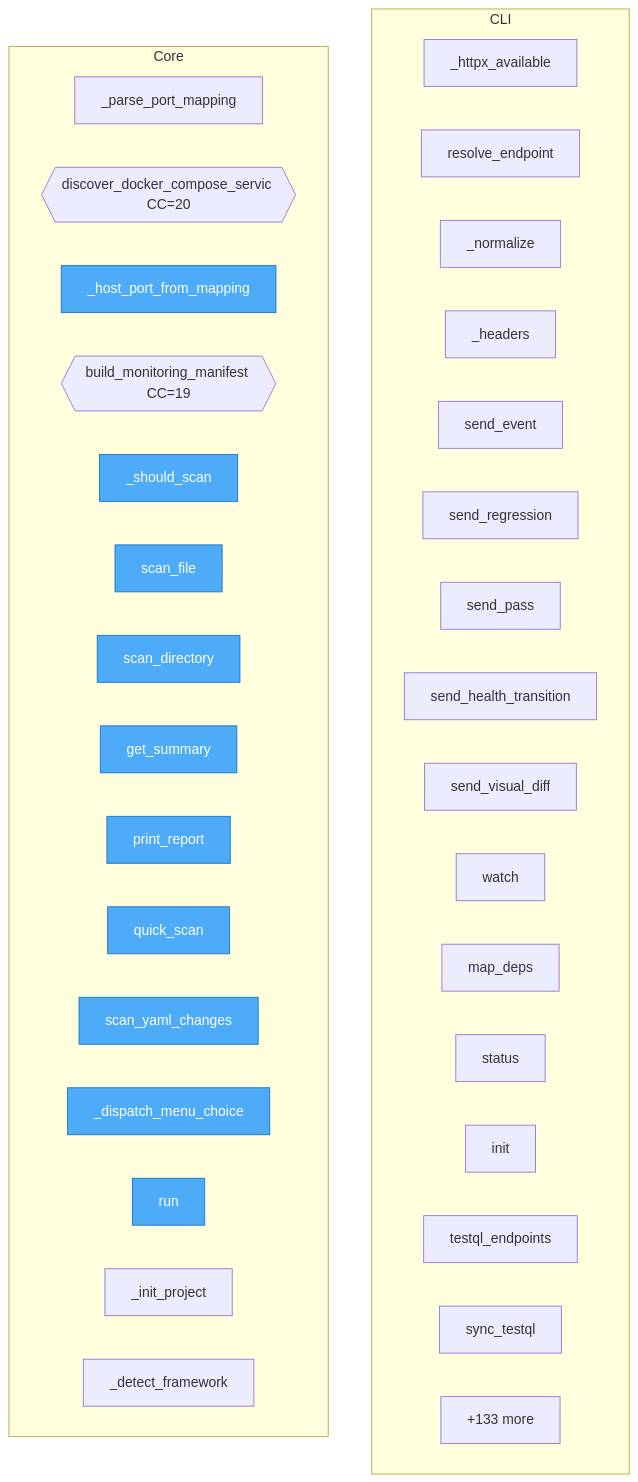
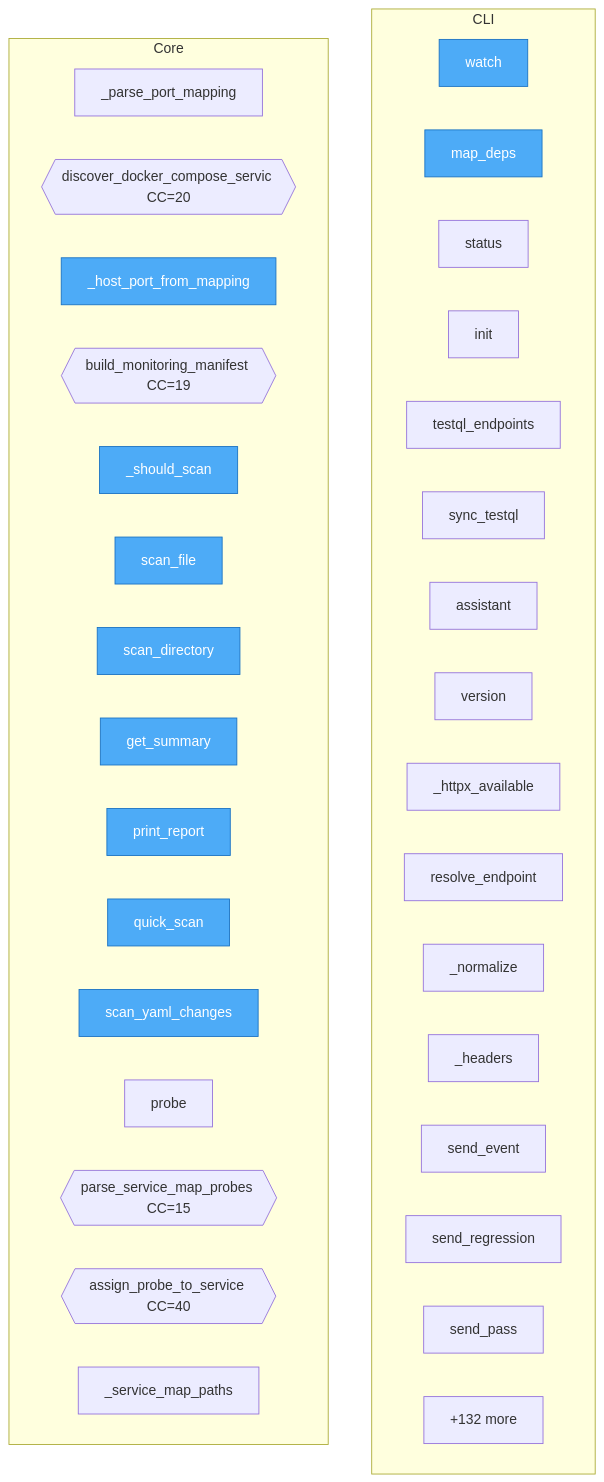
Before and after one commit to semcod/wup: the diagram in project/flow.mmd, drawn with Mermaid. The commit also changed 25 other files, not shown here.

```diff
--- a/project/flow.mmd
+++ b/project/flow.mmd
@@ -1,45 +1,45 @@
 flowchart TD
 %% generated in 0.01s
 
     %% Entry points (blue)
     classDef entry fill:#4dabf7,stroke:#1971c2,color:#fff
 
     subgraph CLI
+        wup__cli__watch["watch"]
+        wup__cli__map_deps["map_deps"]
+        wup__cli__status["status"]
+        wup__cli__init["init"]
+        wup__cli__testql_endpoints["testql_endpoints"]
+        wup__cli__sync_testql["sync_testql"]
+        wup__cli__assistant["assistant"]
+        wup__cli__version["version"]
         wup__web_client___httpx_available["_httpx_available"]
         wup__web_client__resolve_endpoint["resolve_endpoint"]
         wup__web_client___normalize["_normalize"]
         wup__web_client__WebClient___headers["_headers"]
         wup__web_client__WebClient__send_event["send_event"]
         wup__web_client__WebClient__send_regression["send_regression"]
         wup__web_client__WebClient__send_pass["send_pass"]
-        wup__web_client__WebClient__send_health_transition["send_health_transition"]
-        wup__web_client__WebClient__send_visual_diff["send_visual_diff"]
-        wup__cli__watch["watch"]
-        wup__cli__map_deps["map_deps"]
-        wup__cli__status["status"]
-        wup__cli__init["init"]
-        wup__cli__testql_endpoints["testql_endpoints"]
-        wup__cli__sync_testql["sync_testql"]
         ...["+2 more"]
     end
 
     subgraph Core
         wup__monitoring_manifest___parse_port_mapping["_parse_port_mapping"]
         wup__monitoring_manifest__discover_docker_compose_services{{discover_docker_compose_servic CC=20}}
         wup__monitoring_manifest___host_port_from_mapping["_host_port_from_mapping"]
         wup__monitoring_manifest__build_monitoring_manifest{{build_monitoring_manifest CC=19}}
         wup__anomaly_detector__AnomalyDetector___should_scan["_should_scan"]
         wup__anomaly_detector__AnomalyDetector__scan_file["scan_file"]
         wup__anomaly_detector__AnomalyDetector__scan_directory["scan_directory"]
         wup__anomaly_detector__AnomalyDetector__get_summary["get_summary"]
         wup__anomaly_detector__AnomalyDetector__print_report["print_report"]
         wup__anomaly_detector__quick_scan["quick_scan"]
         wup__anomaly_detector__scan_yaml_changes["scan_yaml_changes"]
-        wup__assistant__WupAssistant___dispatch_menu_choice["_dispatch_menu_choice"]
-        wup__assistant__WupAssistant__run["run"]
-        wup__assistant__WupAssistant___init_project["_init_project"]
-        wup__assistant__WupAssistant___detect_framework["_detect_framework"]
-        ...["+133 more"]
+        wup__testql_monitor__ProbeTarget__probe["probe"]
+        wup__testql_monitor__parse_service_map_probes{{parse_service_map_probes CC=15}}
+        wup__testql_monitor__assign_probe_to_service{{assign_probe_to_service CC=40}}
+        wup__testql_monitor__TestQLMonitor___service_map_paths["_service_map_paths"]
+        ...["+132 more"]
     end
 
-    class wup__monitoring_manifest___host_port_from_mapping,wup__anomaly_detector__AnomalyDetector___should_scan,wup__anomaly_detector__AnomalyDetector__scan_file,wup__anomaly_detector__AnomalyDetector__scan_directory,wup__anomaly_detector__AnomalyDetector__get_summary,wup__anomaly_detector__AnomalyDetector__print_report,wup__anomaly_detector__quick_scan,wup__anomaly_detector__scan_yaml_changes,wup__assistant__WupAssistant___dispatch_menu_choice,wup__assistant__WupAssistant__run entry
+    class wup__monitoring_manifest___host_port_from_mapping,wup__anomaly_detector__AnomalyDetector___should_scan,wup__anomaly_detector__AnomalyDetector__scan_file,wup__anomaly_detector__AnomalyDetector__scan_directory,wup__anomaly_detector__AnomalyDetector__get_summary,wup__anomaly_detector__AnomalyDetector__print_report,wup__anomaly_detector__quick_scan,wup__anomaly_detector__scan_yaml_changes,wup__cli__watch,wup__cli__map_deps entry
```
